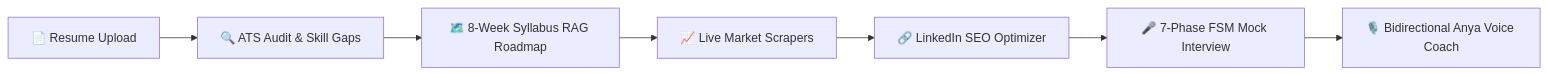
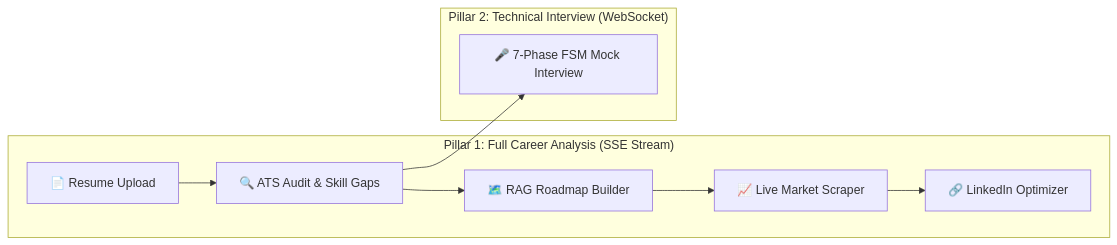
The third of 12 diagrams in README.md (Anil-Pradhan-web/ai-career-mentor), drawn with Mermaid before and after one commit. The commit also changed other lines of this file and 1 other file, not shown here.

Commit message:
docs: streamline README and SYSTEM docs around 2 Core Pillars and add market research storyline

````diff
--- a/README.md
+++ b/README.md
@@ -185,9 +208,13 @@
 ```mermaid
 flowchart LR
-    A["📄 Resume Upload"] --> B["🔍 ATS Audit & Skill Gaps"]
-    B --> C["🗺️ 8-Week Syllabus RAG Roadmap"]
-    C --> D["📈 Live Market Scrapers"]
-    D --> E["🔗 LinkedIn SEO Optimizer"]
-    E --> F["🎤 7-Phase FSM Mock Interview"]
-    F --> G["🎙️ Bidirectional Anya Voice Coach"]
+    subgraph "Pillar 1: Full Career Analysis (SSE Stream)"
+        A["📄 Resume Upload"] --> B["🔍 ATS Audit & Skill Gaps"]
+        B --> C["🗺️ RAG Roadmap Builder"]
+        C --> D["📈 Live Market Scraper"]
+        D --> E["🔗 LinkedIn Optimizer"]
+    end
+
+    subgraph "Pillar 2: Technical Interview (WebSocket)"
+        B --> F["🎤 7-Phase FSM Mock Interview"]
+    end
 ```
````
